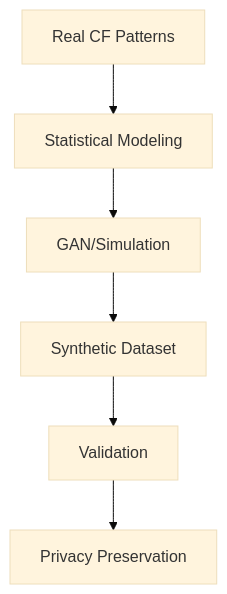
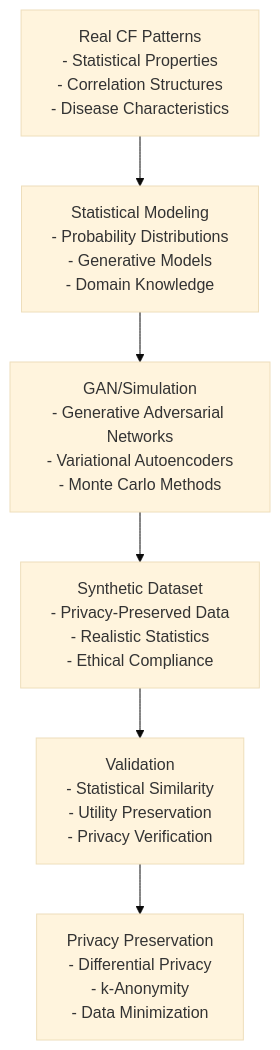
One commit to prathameshatkare/Final_Cystic_fibrosis_project changed the sixth of 17 diagrams in DIAGRAMS.md. Above: the diagram before and after it, drawn with Mermaid (base theme). The commit also changed other lines of this file, not shown here.

Commit message:
diagrams

````diff
--- a/DIAGRAMS.md
+++ b/DIAGRAMS.md
@@ -99,8 +131,8 @@
 ```mermaid
 graph TD
-    A[Real CF Patterns] --> B[Statistical Modeling]
-    B --> C[GAN/Simulation]
-    C --> D[Synthetic Dataset]
-    D --> E[Validation]
-    E --> F[Privacy Preservation]
+    A[Real CF Patterns<br/>- Statistical Properties<br/>- Correlation Structures<br/>- Disease Characteristics] --> B[Statistical Modeling<br/>- Probability Distributions<br/>- Generative Models<br/>- Domain Knowledge]
+    B --> C[GAN/Simulation<br/>- Generative Adversarial Networks<br/>- Variational Autoencoders<br/>- Monte Carlo Methods]
+    C --> D[Synthetic Dataset<br/>- Privacy-Preserved Data<br/>- Realistic Statistics<br/>- Ethical Compliance]
+    D --> E[Validation<br/>- Statistical Similarity<br/>- Utility Preservation<br/>- Privacy Verification]
+    E --> F[Privacy Preservation<br/>- Differential Privacy<br/>- k-Anonymity<br/>- Data Minimization]
 ```
````
